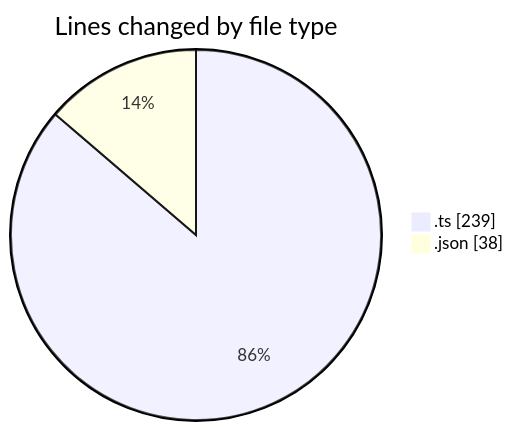
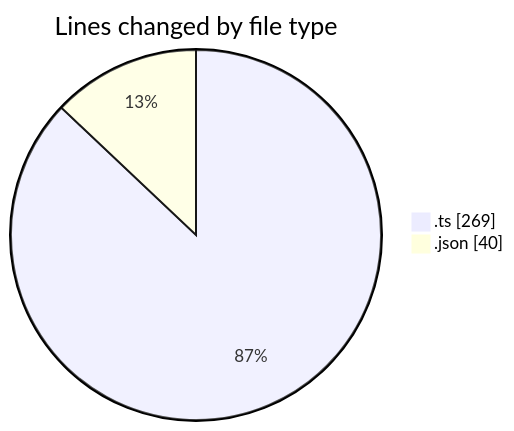
One commit to igalym/code-tracking changed the first of 2 diagrams in 2026-03-03/typescript/README.md. Above: the diagram before and after it, drawn with Mermaid. The commit also changed other lines of this file and 1 other file, not shown here.

````diff
--- a/2026-03-03/typescript/README.md
+++ b/2026-03-03/typescript/README.md
@@ -21,6 +21,6 @@
 ```mermaid
 pie showData
 title Lines changed by file type
-".ts" : 239
-".json" : 38
+".ts" : 269
+".json" : 40
 ```
````
